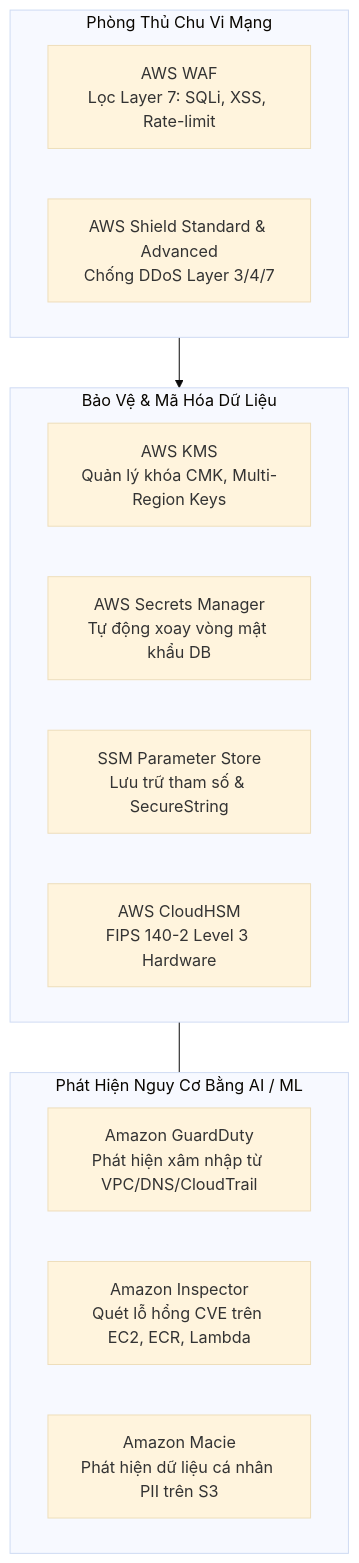
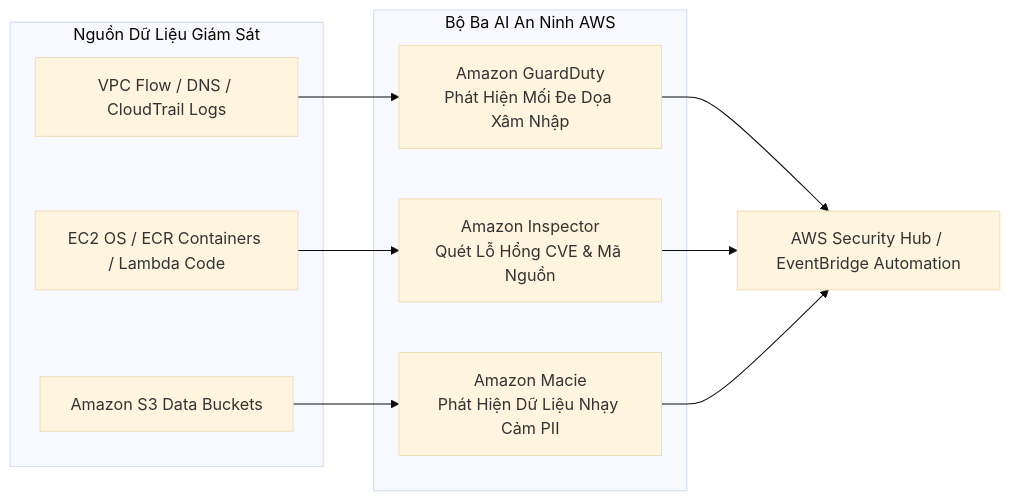
Before and after one commit to nhatphanhk/AWS_XBrain_Note: the sixth of 7 diagrams in AWS_Services/KMS_Security_Encryption.md, drawn with Mermaid (base theme). The commit also changed other lines of this file and 15 other files, not shown here.

````diff
--- a/AWS_Services/KMS_Security_Encryption.md
+++ b/AWS_Services/KMS_Security_Encryption.md
@@ -24,23 +158,22 @@
 ```mermaid
-flowchart TD
-    subgraph EdgePerimeter[Phòng Thủ Chu Vi Mạng]
-        WAF[AWS WAF\nLọc Layer 7: SQLi, XSS, Rate-limit]
-        Shield[AWS Shield Standard & Advanced\nChống DDoS Layer 3/4/7]
+flowchart LR
+    subgraph DataSources[Nguồn Dữ Liệu Giám Sát]
+        Logs[VPC Flow / DNS / CloudTrail Logs]
+        Compute[EC2 OS / ECR Containers / Lambda Code]
+        S3Bucket[Amazon S3 Data Buckets]
     end
 
-    subgraph DataProtection[Bảo Vệ & Mã Hóa Dữ Liệu]
-        KMS[AWS KMS\nQuản lý khóa CMK, Multi-Region Keys]
-        Secrets[AWS Secrets Manager\nTự động xoay vòng mật khẩu DB]
-        SSM[SSM Parameter Store\nLưu trữ tham số & SecureString]
-        HSM[AWS CloudHSM\nFIPS 140-2 Level 3 Hardware]
+    subgraph AISecurityEngines[Bộ Ba AI An Ninh AWS]
+        GD[Amazon GuardDuty\nPhát Hiện Mối Đe Dọa Xâm Nhập]
+        Insp[Amazon Inspector\nQuét Lỗ Hổng CVE & Mã Nguồn]
+        Macie[Amazon Macie\nPhát Hiện Dữ Liệu Nhạy Cảm PII]
     end
 
-    subgraph IntelligentSecurity[Phát Hiện Nguy Cơ Bằng AI / ML]
-        GD[Amazon GuardDuty\nPhát hiện xâm nhập từ VPC/DNS/CloudTrail]
-        Insp[Amazon Inspector\nQuét lỗ hổng CVE trên EC2, ECR, Lambda]
-        Macie[Amazon Macie\nPhát hiện dữ liệu cá nhân PII trên S3]
-    end
+    Logs --> GD
+    Compute --> Insp
+    S3Bucket --> Macie
 
-    EdgePerimeter --> DataProtection
-    DataProtection --- IntelligentSecurity
+    GD --> Hub[AWS Security Hub / EventBridge Automation]
+    Insp --> Hub
+    Macie --> Hub
 ```
````
